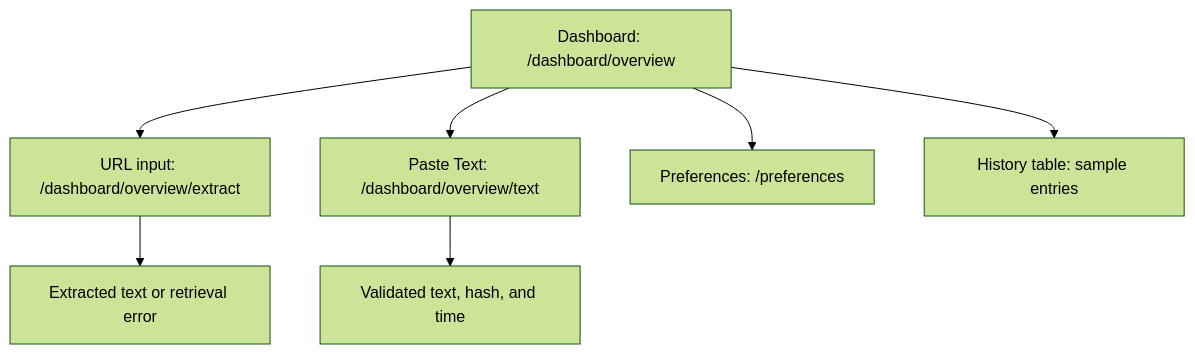
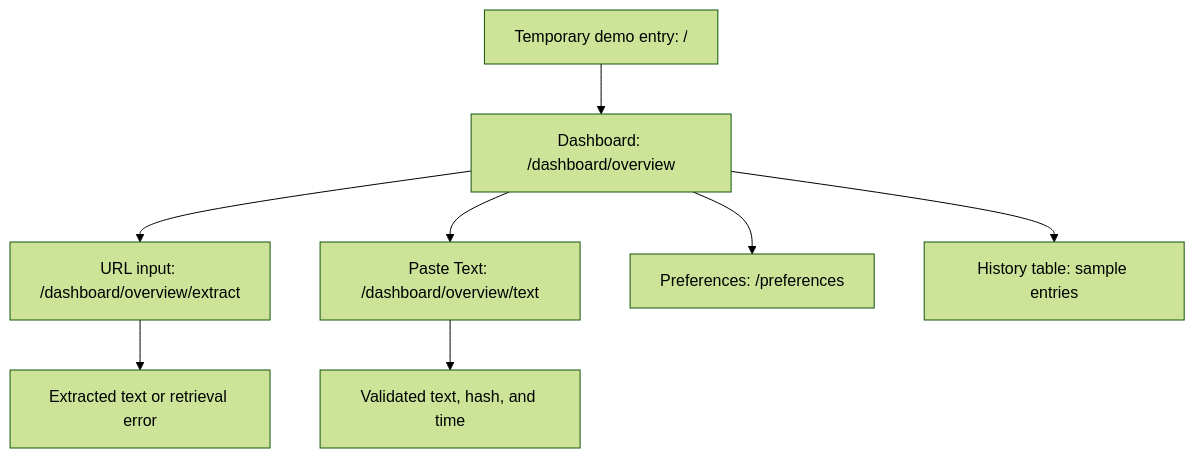
One commit to UNLV-CS472-672/2026-F-GROUP2-ClearConsent changed the first of 3 diagrams in docs/design/dashboard-navigation.md. Above: the diagram before and after it, drawn with Mermaid (forest theme). The commit also changed other lines of this file and 4 other files, not shown here.

First line of the commit message:
ui: add temporary dashboard entry at site root (#44)

````diff
--- a/docs/design/dashboard-navigation.md
+++ b/docs/design/dashboard-navigation.md
@@ -7,9 +7,10 @@
 ```mermaid
 flowchart TD
+    Entry["Temporary demo entry: /"] --> Dashboard
     Dashboard["Dashboard: /dashboard/overview"] --> URL["URL input: /dashboard/overview/extract"]
     Dashboard --> Text["Paste Text: /dashboard/overview/text"]
     Dashboard --> Preferences["Preferences: /preferences"]
     Dashboard --> History["History table: sample entries"]
     URL --> ExtractOutput["Extracted text or retrieval error"]
     Text --> TextOutput["Validated text, hash, and time"]
 ```
````
